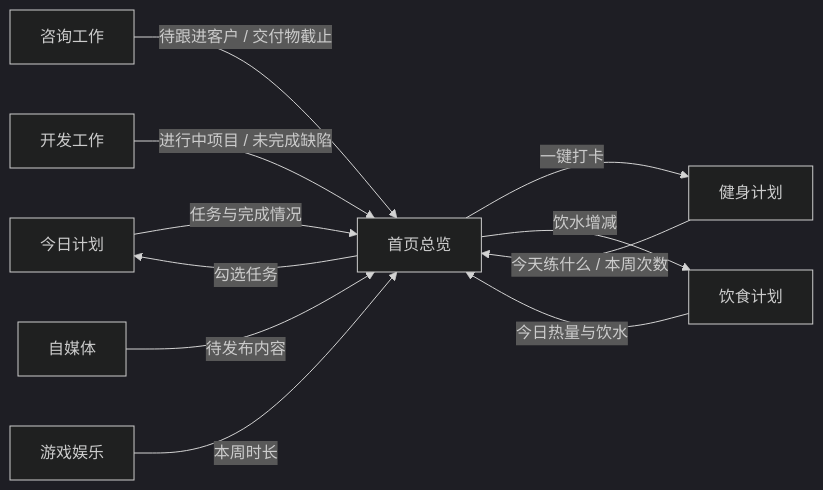
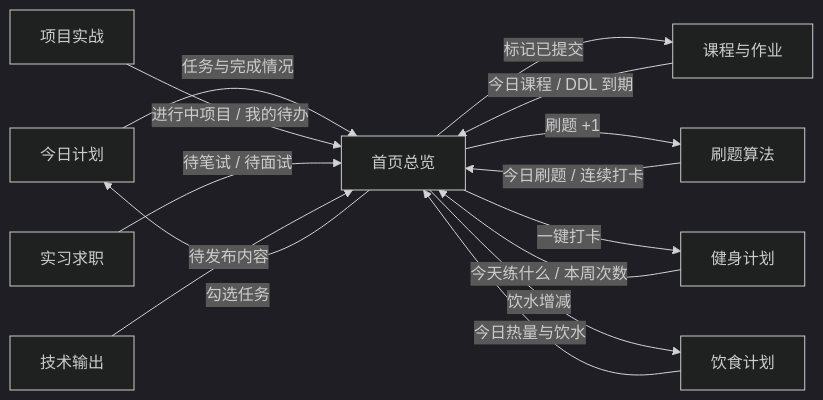
One commit to JokAce-Chan/personal-workstation changed the diagram in 初版PRD.md. Above: the diagram before and after it, drawn with Mermaid (dark theme). The commit also changed other lines of this file and 3 other files, not shown here.

````diff
--- a/初版PRD.md
+++ b/初版PRD.md
@@ -375,13 +421,16 @@
 ```mermaid
 graph LR
     P[今日计划] -->|任务与完成情况| H[首页总览]
-    C[咨询工作] -->|待跟进客户 / 交付物截止| H
-    D[开发工作] -->|进行中项目 / 未完成缺陷| H
-    S[自媒体] -->|待发布内容| H
+    C[课程与作业] -->|今日课程 / DDL 到期| H
+    J[项目实战] -->|进行中项目 / 我的待办| H
+    A[刷题算法] -->|今日刷题 / 连续打卡| H
+    R[实习求职] -->|待笔试 / 待面试| H
+    S[技术输出] -->|待发布内容| H
     F[健身计划] -->|今天练什么 / 本周次数| H
     T[饮食计划] -->|今日热量与饮水| H
-    E[游戏娱乐] -->|本周时长| H
     H -->|勾选任务| P
+    H -->|标记已提交| C
+    H -->|刷题 +1| A
     H -->|一键打卡| F
     H -->|饮水增减| T
 ```
````
